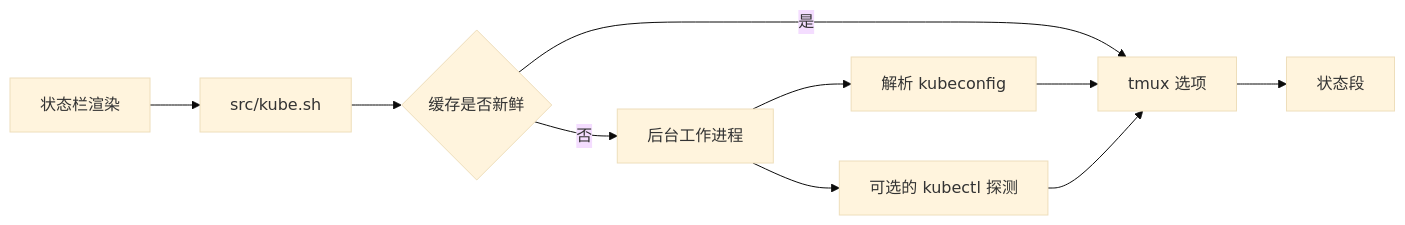
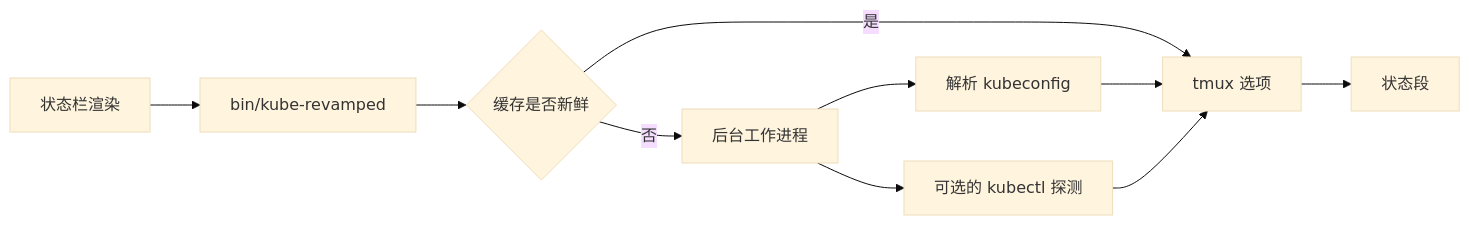
Before and after one commit to tmux-revamped/tmux-kube-revamped: the diagram in README.zh-Hans.md, drawn with Mermaid (base theme). The commit also changed other lines of this file and 168 other files, not shown here.

````diff
--- a/README.zh-Hans.md
+++ b/README.zh-Hans.md
@@ -161,12 +191,12 @@
 ```mermaid
 graph LR
-    A[状态栏渲染] --> B[src/kube.sh]
+    A[状态栏渲染] --> B[bin/kube-revamped]
     B --> C{缓存是否新鲜}
     C -->|是| D[tmux 选项]
     C -->|否| E[后台工作进程]
     E --> F[解析 kubeconfig]
     E --> G[可选的 kubectl 探测]
     F --> D
     G --> D
     D --> H[状态段]
 ```
````
